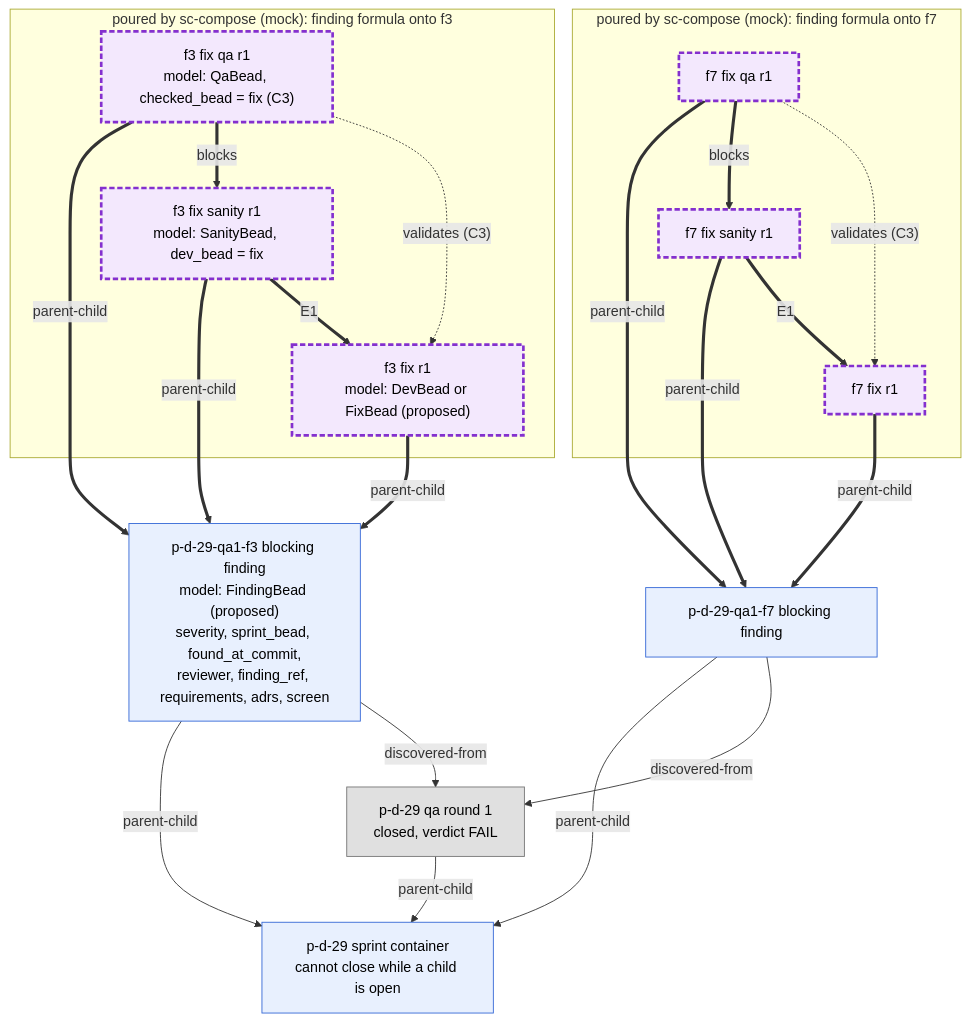
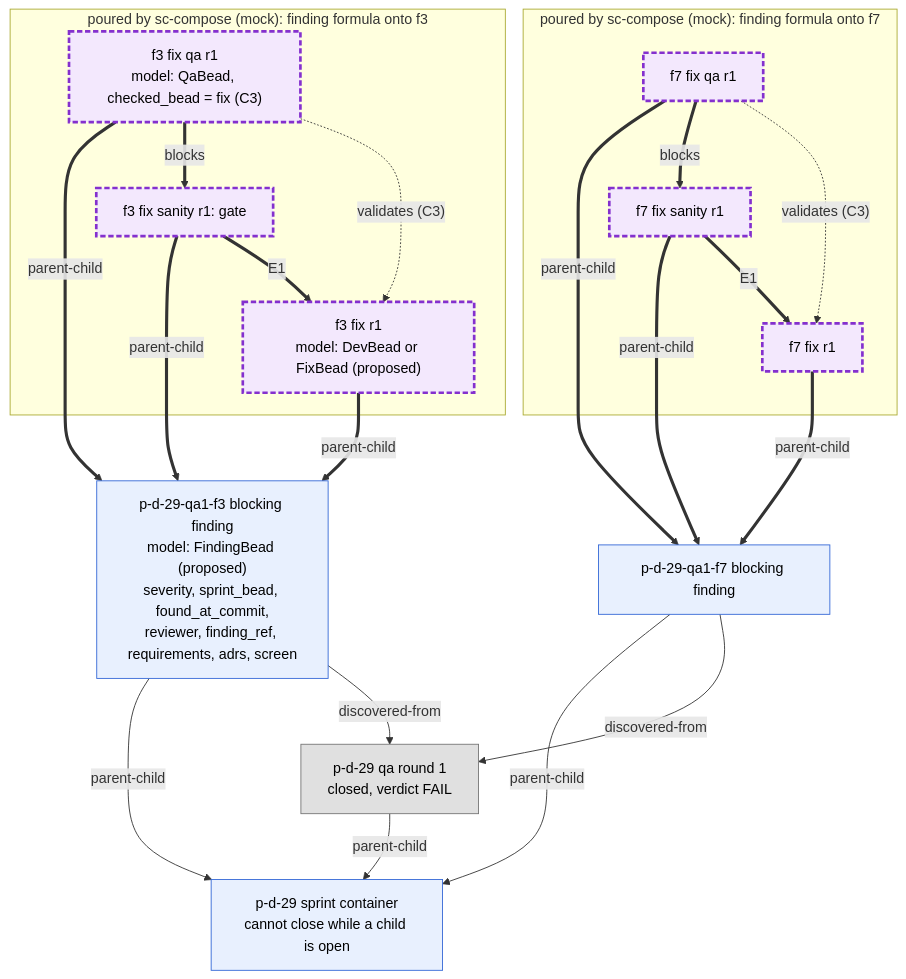
One commit to randlee/atm-bd-orchestration changed the second of 4 diagrams in docs/diagrams/04-sprint-to-be.md. Above: the diagram before and after it, drawn with Mermaid. The commit also changed other lines of this file and 5 other files, not shown here.

First line of the commit message:
docs: record Rand's Q1, N7-N10 rulings in the bead diagrams

````diff
--- a/docs/diagrams/04-sprint-to-be.md
+++ b/docs/diagrams/04-sprint-to-be.md
@@ -70,40 +71,40 @@
 ```mermaid
 flowchart TB
   classDef tmpl fill:#e8f0fe,stroke:#3367d6,color:#000
   classDef poured fill:#f3e8fd,stroke:#8430ce,stroke-width:3px,stroke-dasharray:6 3,color:#000
   classDef closed fill:#e0e0e0,stroke:#757575,color:#000
 
   SPR["p-d-29 sprint container<br/>cannot close while a child is open"]:::tmpl
   QA["p-d-29 qa round 1<br/>closed, verdict FAIL"]:::closed
   F3["p-d-29-qa1-f3 blocking finding<br/>model: FindingBead (proposed)<br/>severity, sprint_bead, found_at_commit,<br/>reviewer, finding_ref, requirements, adrs, screen"]:::tmpl
   F7["p-d-29-qa1-f7 blocking finding"]:::tmpl
 
   subgraph POUR3["poured by sc-compose (mock): finding formula onto f3"]
     FX3["f3 fix r1<br/>model: DevBead or FixBead (proposed)"]:::poured
-    FS3["f3 fix sanity r1<br/>model: SanityBead, dev_bead = fix"]:::poured
+    FS3["f3 fix sanity r1: gate"]:::poured
     FQ3["f3 fix qa r1<br/>model: QaBead, checked_bead = fix (C3)"]:::poured
   end
   subgraph POUR7["poured by sc-compose (mock): finding formula onto f7"]
     FX7["f7 fix r1"]:::poured
     FS7["f7 fix sanity r1"]:::poured
     FQ7["f7 fix qa r1"]:::poured
   end
 
   QA -->|parent-child| SPR
   F3 -->|parent-child| SPR
   F7 -->|parent-child| SPR
   F3 -->|discovered-from| QA
   F7 -->|discovered-from| QA
   FX3 ==>|parent-child| F3
   FS3 ==>|parent-child| F3
   FQ3 ==>|parent-child| F3
   FS3 ==>|"E1"| FX3
   FQ3 ==>|blocks| FS3
   FQ3 -.->|"validates (C3)"| FX3
   FX7 ==>|parent-child| F7
   FS7 ==>|parent-child| F7
   FQ7 ==>|parent-child| F7
   FS7 ==>|"E1"| FX7
   FQ7 ==>|blocks| FS7
   FQ7 -.->|"validates (C3)"| FX7
 ```
````
